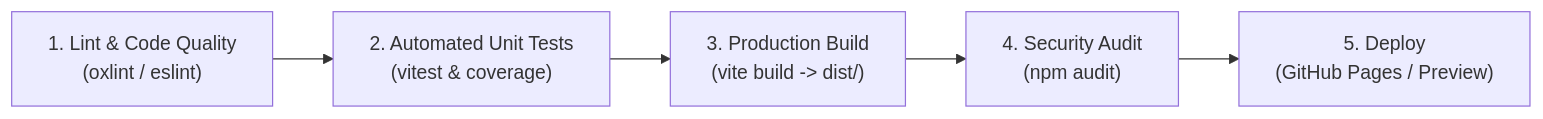
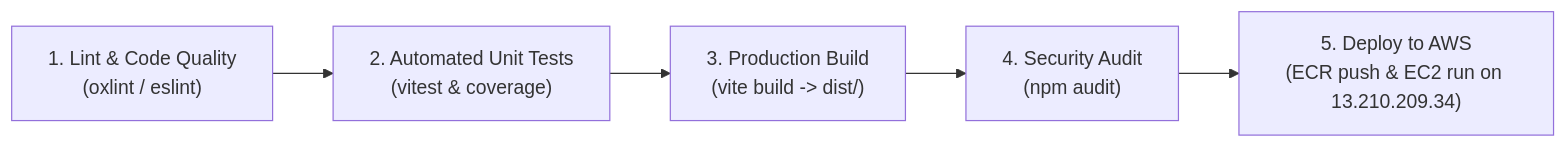
One commit to naamiahmed/DevOps_Program changed the diagram in docs/STUDENT_GUIDE.md. Above: the diagram before and after it, drawn with Mermaid. The commit also changed other lines of this file and 3 other files, not shown here.

Commit message:
ci: integrate AWS ECR push and EC2 live deployment into CI/CD pipeline

````diff
--- a/docs/STUDENT_GUIDE.md
+++ b/docs/STUDENT_GUIDE.md
@@ -97,7 +97,7 @@
 ```mermaid
 graph LR
     Lint["1. Lint & Code Quality\n(oxlint / eslint)"] --> Test["2. Automated Unit Tests\n(vitest & coverage)"]
     Test --> Build["3. Production Build\n(vite build -> dist/)"]
     Build --> Sec["4. Security Audit\n(npm audit)"]
-    Sec --> Deploy["5. Deploy\n(GitHub Pages / Preview)"]
+    Sec --> Deploy["5. Deploy to AWS\n(ECR push & EC2 run on 13.210.209.34)"]
 ```
````
